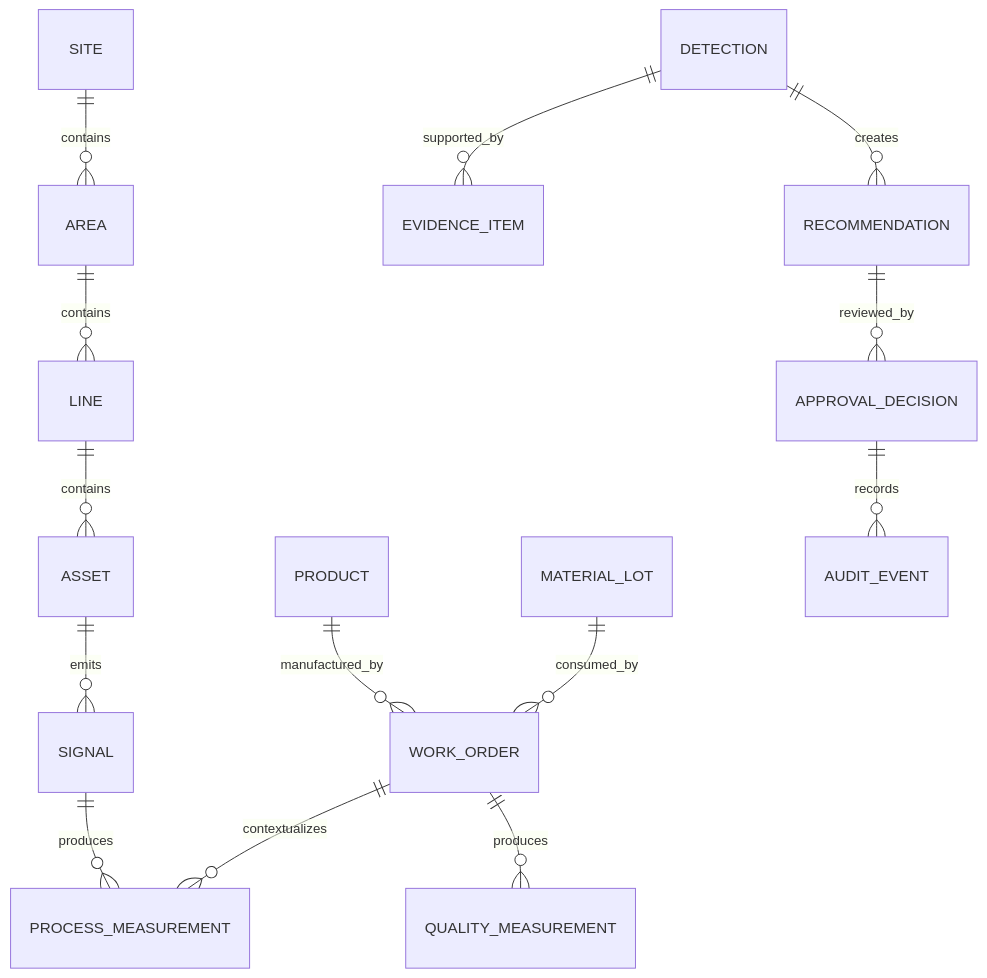
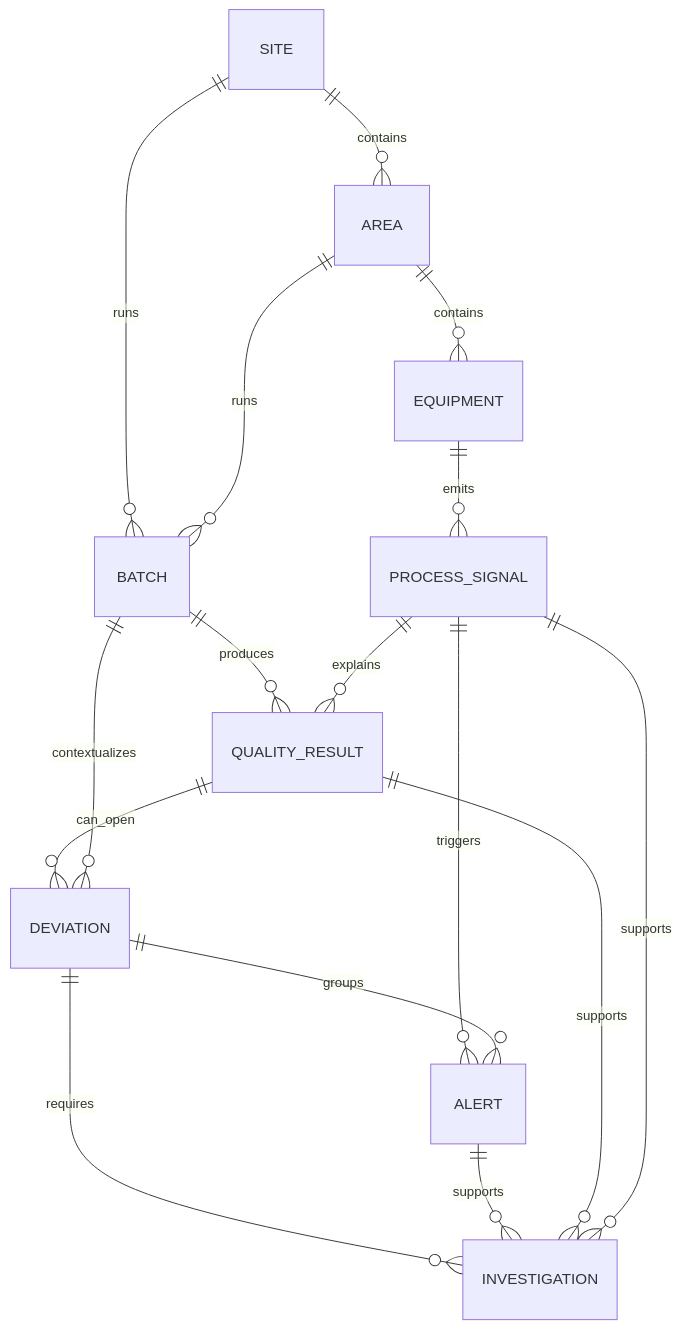
The diagram in docs/DOMAIN_MODEL.md (Open-Factory-Initiative/Factory-Intelligence-Platform), drawn with Mermaid before and after one commit. The commit also changed other lines of this file and 7 other files, not shown here.

````diff
--- a/docs/DOMAIN_MODEL.md
+++ b/docs/DOMAIN_MODEL.md
@@ -222,16 +150,18 @@
 ```mermaid
 erDiagram
     SITE ||--o{ AREA : contains
-    AREA ||--o{ LINE : contains
-    LINE ||--o{ ASSET : contains
-    ASSET ||--o{ SIGNAL : emits
-    SIGNAL ||--o{ PROCESS_MEASUREMENT : produces
-    WORK_ORDER ||--o{ PROCESS_MEASUREMENT : contextualizes
-    WORK_ORDER ||--o{ QUALITY_MEASUREMENT : produces
-    PRODUCT ||--o{ WORK_ORDER : manufactured_by
-    MATERIAL_LOT ||--o{ WORK_ORDER : consumed_by
-    DETECTION ||--o{ EVIDENCE_ITEM : supported_by
-    DETECTION ||--o{ RECOMMENDATION : creates
-    RECOMMENDATION ||--o{ APPROVAL_DECISION : reviewed_by
-    APPROVAL_DECISION ||--o{ AUDIT_EVENT : records
+    AREA ||--o{ EQUIPMENT : contains
+    EQUIPMENT ||--o{ PROCESS_SIGNAL : emits
+    SITE ||--o{ BATCH : runs
+    AREA ||--o{ BATCH : runs
+    BATCH ||--o{ QUALITY_RESULT : produces
+    PROCESS_SIGNAL ||--o{ QUALITY_RESULT : explains
+    QUALITY_RESULT ||--o{ DEVIATION : can_open
+    BATCH ||--o{ DEVIATION : contextualizes
+    PROCESS_SIGNAL ||--o{ ALERT : triggers
+    DEVIATION ||--o{ ALERT : groups
+    DEVIATION ||--o{ INVESTIGATION : requires
+    ALERT ||--o{ INVESTIGATION : supports
+    QUALITY_RESULT ||--o{ INVESTIGATION : supports
+    PROCESS_SIGNAL ||--o{ INVESTIGATION : supports
 ```
````
